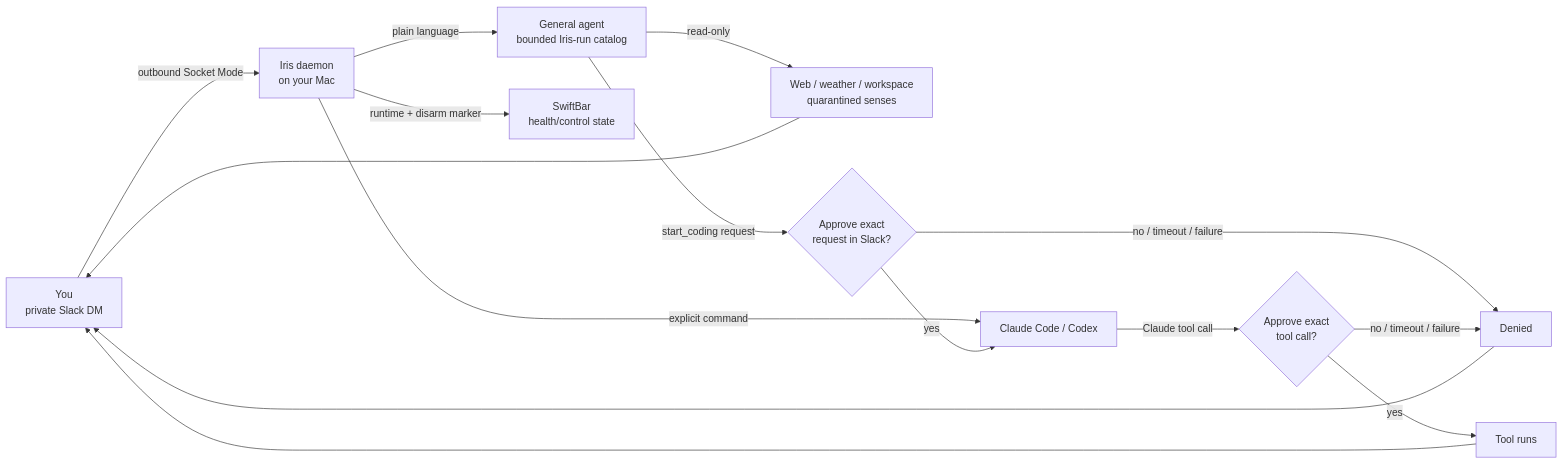
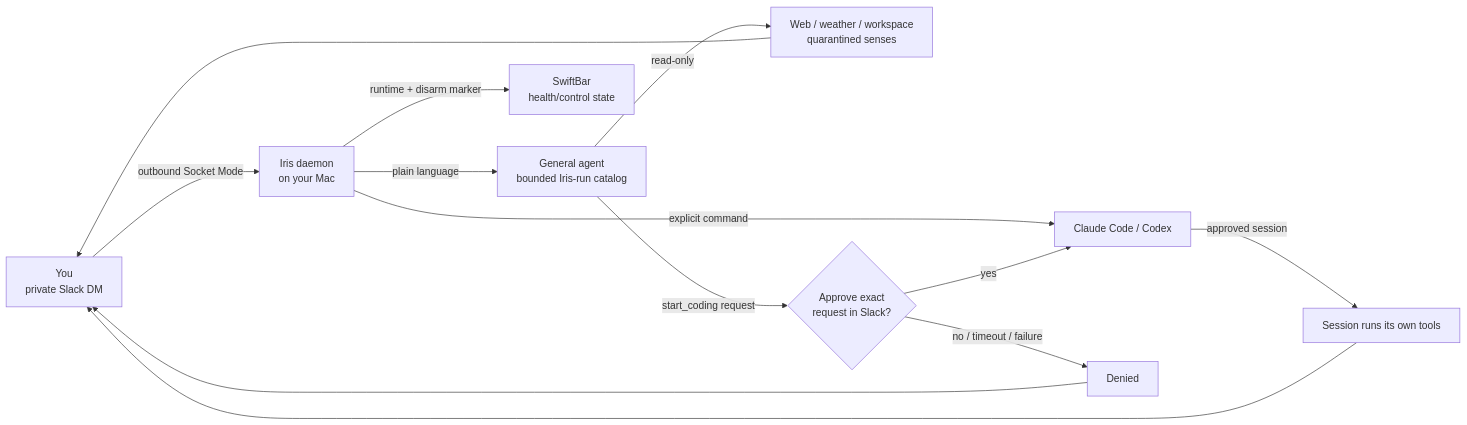
Before and after one commit to randyren278/iris: the diagram in README.md, drawn with Mermaid. The commit also changed other lines of this file and 16 other files, not shown here.

````diff
--- a/README.md
+++ b/README.md
@@ -47,17 +48,15 @@
 ```mermaid
 flowchart LR
     you["You<br/>private Slack DM"] -- "outbound Socket Mode" --> iris["Iris daemon<br/>on your Mac"]
     iris -- "plain language" --> agent["General agent<br/>bounded Iris-run catalog"]
     agent -- "read-only" --> reads["Web / weather / workspace<br/>quarantined senses"]
     agent -- "start_coding request" --> actionGate{"Approve exact<br/>request in Slack?"}
     iris -- "explicit command" --> code["Claude Code / Codex"]
     actionGate -- "yes" --> code
     actionGate -- "no / timeout / failure" --> deny["Denied"]
-    code -- "Claude tool call" --> toolGate{"Approve exact<br/>tool call?"}
-    toolGate -- "yes" --> run["Tool runs"]
-    toolGate -- "no / timeout / failure" --> deny
+    code -- "approved session" --> run["Session runs its own tools"]
     iris -- "runtime + disarm marker" --> bar["SwiftBar<br/>health/control state"]
     reads --> you
     run --> you
     deny --> you
 ```
````
